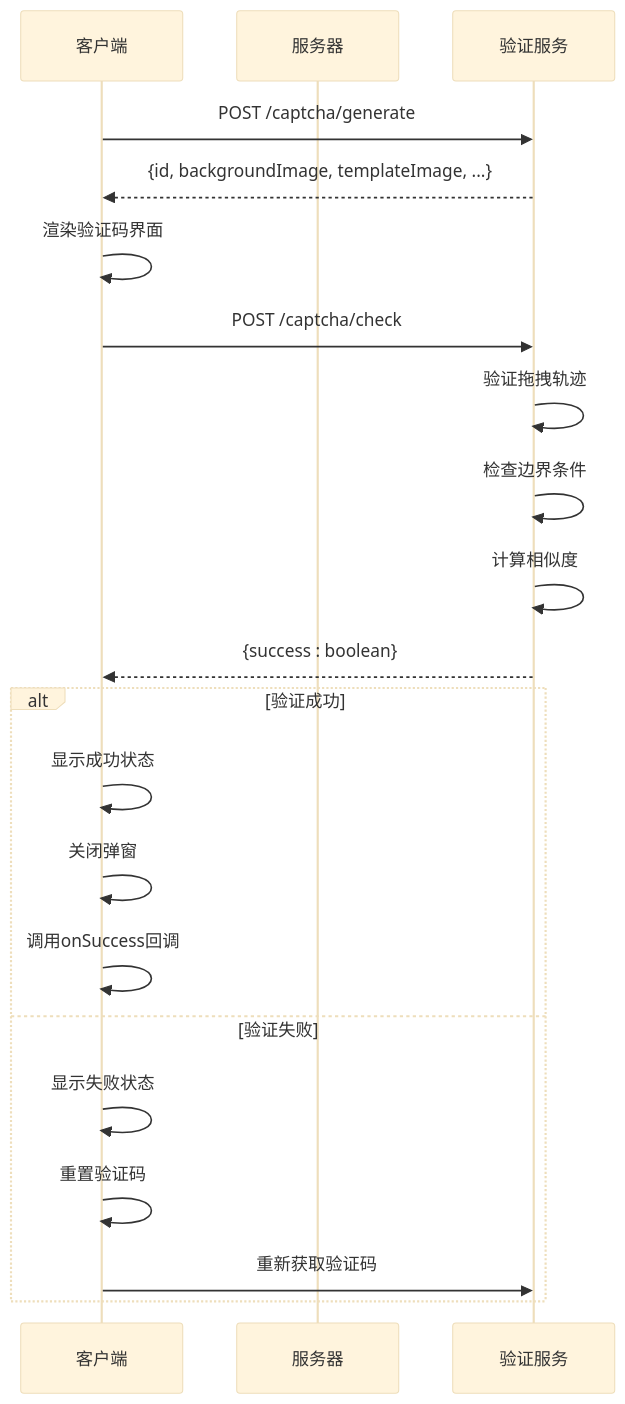
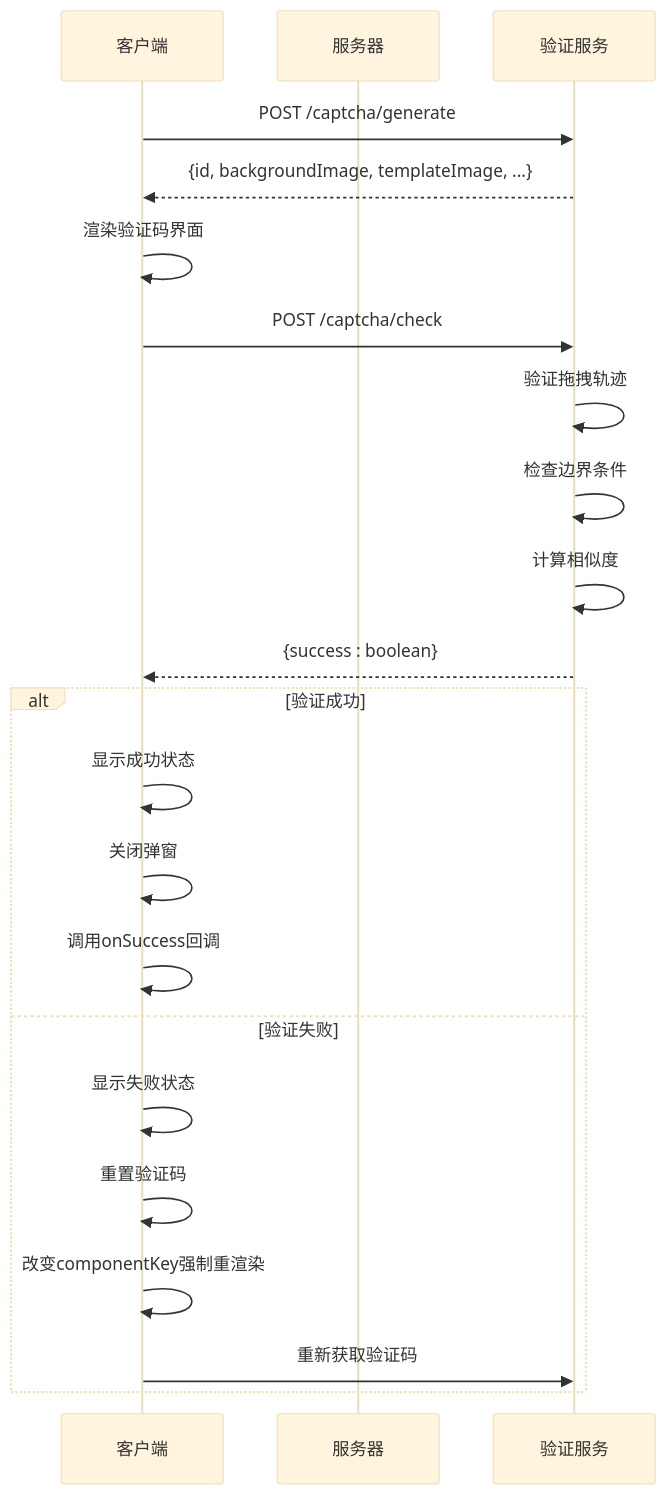
One commit to zuolinbao/redbook changed the seventh of 14 diagrams in .qoder/repowiki/zh/content/UI组件库/滑动验证码组件.md. Above: the diagram before and after it, drawn with Mermaid (base theme). The commit also changed other lines of this file and 23 other files, not shown here.

````diff
--- a/.qoder/repowiki/zh/content/UI组件库/滑动验证码组件.md
+++ b/.qoder/repowiki/zh/content/UI组件库/滑动验证码组件.md
@@ -257,23 +262,24 @@
 ```mermaid
 sequenceDiagram
 participant C as 客户端
 participant S as 服务器
 participant V as 验证服务
 C->>V : POST /captcha/generate
 V-->>C : {id, backgroundImage, templateImage, ...}
 C->>C : 渲染验证码界面
 C->>V : POST /captcha/check
 V->>V : 验证拖拽轨迹
 V->>V : 检查边界条件
 V->>V : 计算相似度
 V-->>C : {success : boolean}
 alt 验证成功
 C->>C : 显示成功状态
 C->>C : 关闭弹窗
 C->>C : 调用onSuccess回调
 else 验证失败
 C->>C : 显示失败状态
 C->>C : 重置验证码
+C->>C : 改变componentKey强制重渲染
 C->>V : 重新获取验证码
 end
 ```
````
